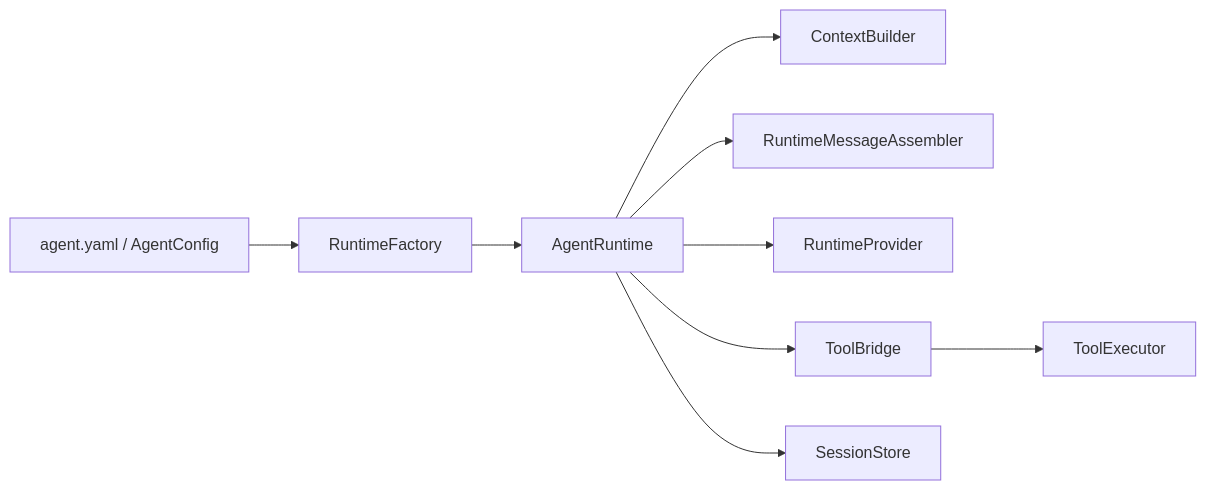
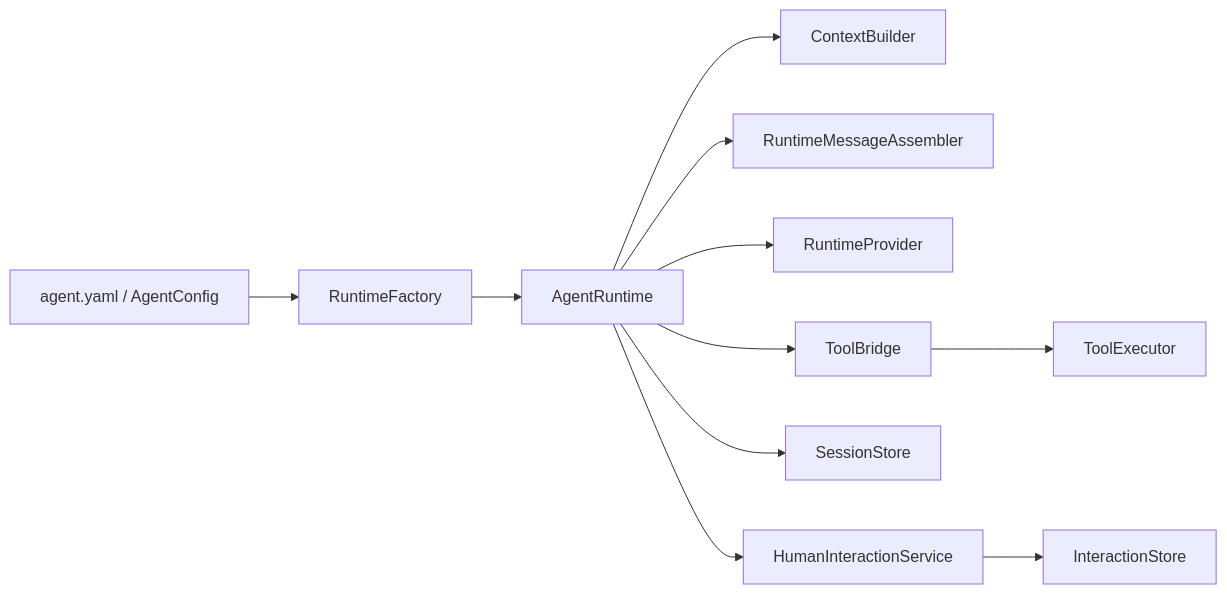
Before and after one commit to Tsubaki-01/Iris: the diagram in src/iris/runtime/README.md, drawn with Mermaid. The commit also changed other lines of this file and 6 other files, not shown here.

First line of the commit message:
「feat」(Runtime): 支持 HITL 等待状态

````diff
--- a/src/iris/runtime/README.md
+++ b/src/iris/runtime/README.md
@@ -12,11 +12,13 @@
 ```mermaid
 flowchart LR
     Config["agent.yaml / AgentConfig"] --> Factory["RuntimeFactory"]
     Factory --> Runtime["AgentRuntime"]
     Runtime --> Context["ContextBuilder"]
     Runtime --> Assembler["RuntimeMessageAssembler"]
     Runtime --> Provider["RuntimeProvider"]
     Runtime --> Bridge["ToolBridge"]
     Bridge --> Executor["ToolExecutor"]
     Runtime --> Session["SessionStore"]
+    Runtime --> HITL["HumanInteractionService"]
+    HITL --> InteractionStore["InteractionStore"]
 ```
````
